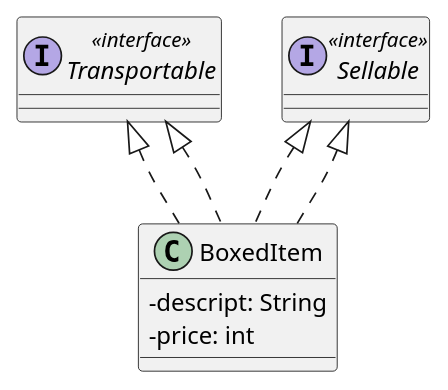
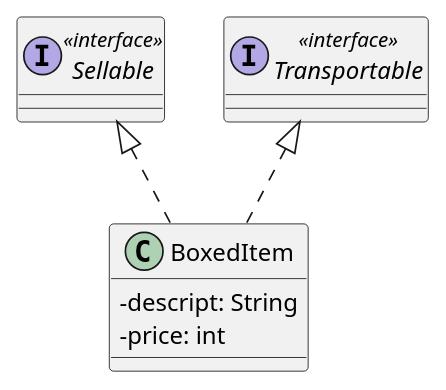
Before and after one commit to ruslylove/datastruct: the third of 4 diagrams in lectures/class-diagram.md, drawn with PlantUML. The commit also changed other lines of this file, not shown here.

Commit message:
update class diagram tutorial

````diff
--- a/lectures/class-diagram.md
+++ b/lectures/class-diagram.md
@@ -121,17 +121,17 @@
 ```plantuml
 @startuml
 skinparam classAttributeIconSize 0
 
 interface Sellable <<interface>>
 interface Transportable <<interface>>
 
 ' BoxedItem implements both interfaces
 class BoxedItem implements Sellable, Transportable {
   - descript: String
   - price: int
 }
 
-BoxedItem .u.|> Sellable
-BoxedItem .u.|> Transportable
+'BoxedItem .u.|> Sellable
+'BoxedItem .u.|> Transportable
 @enduml
 ```
````
